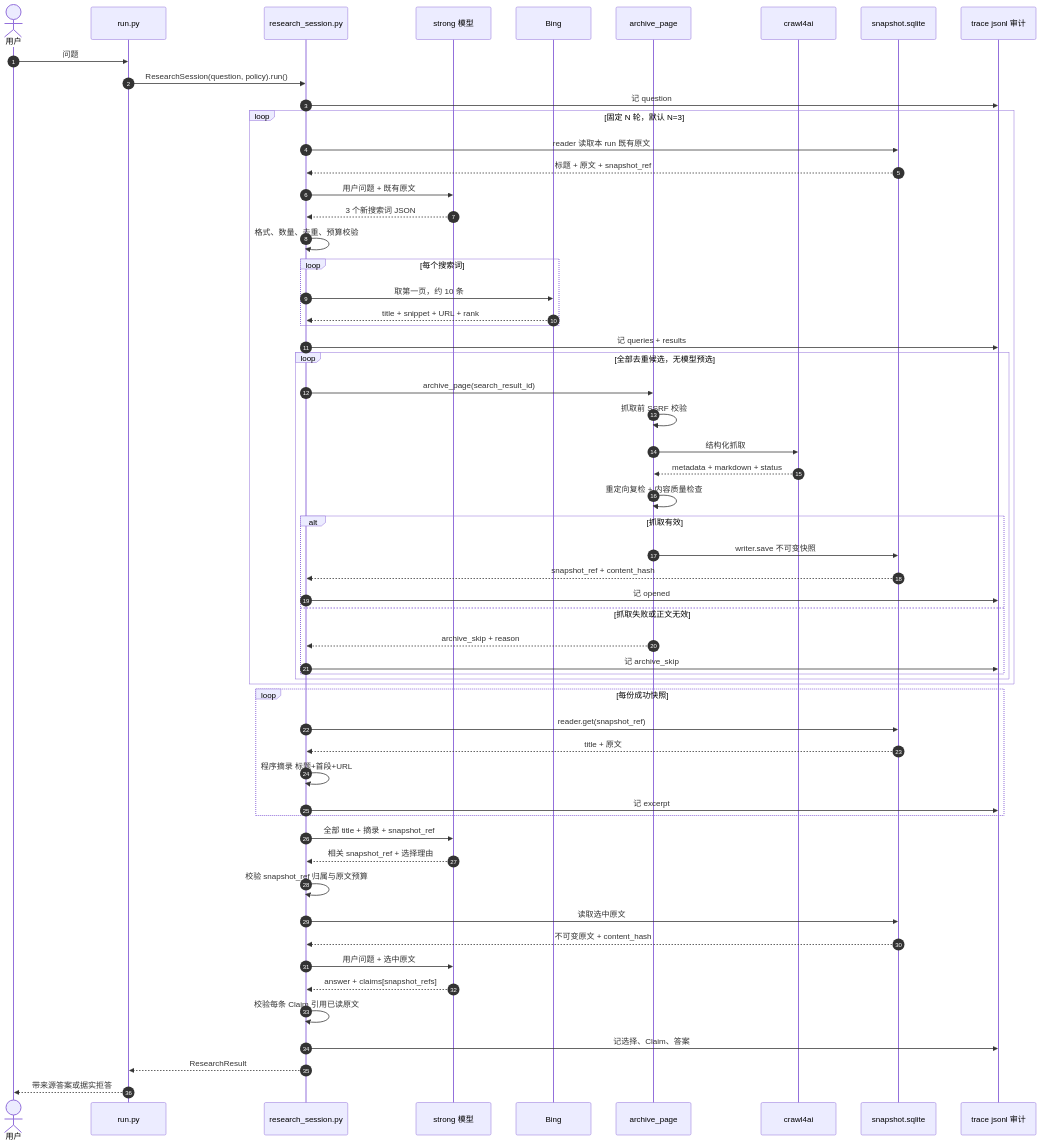
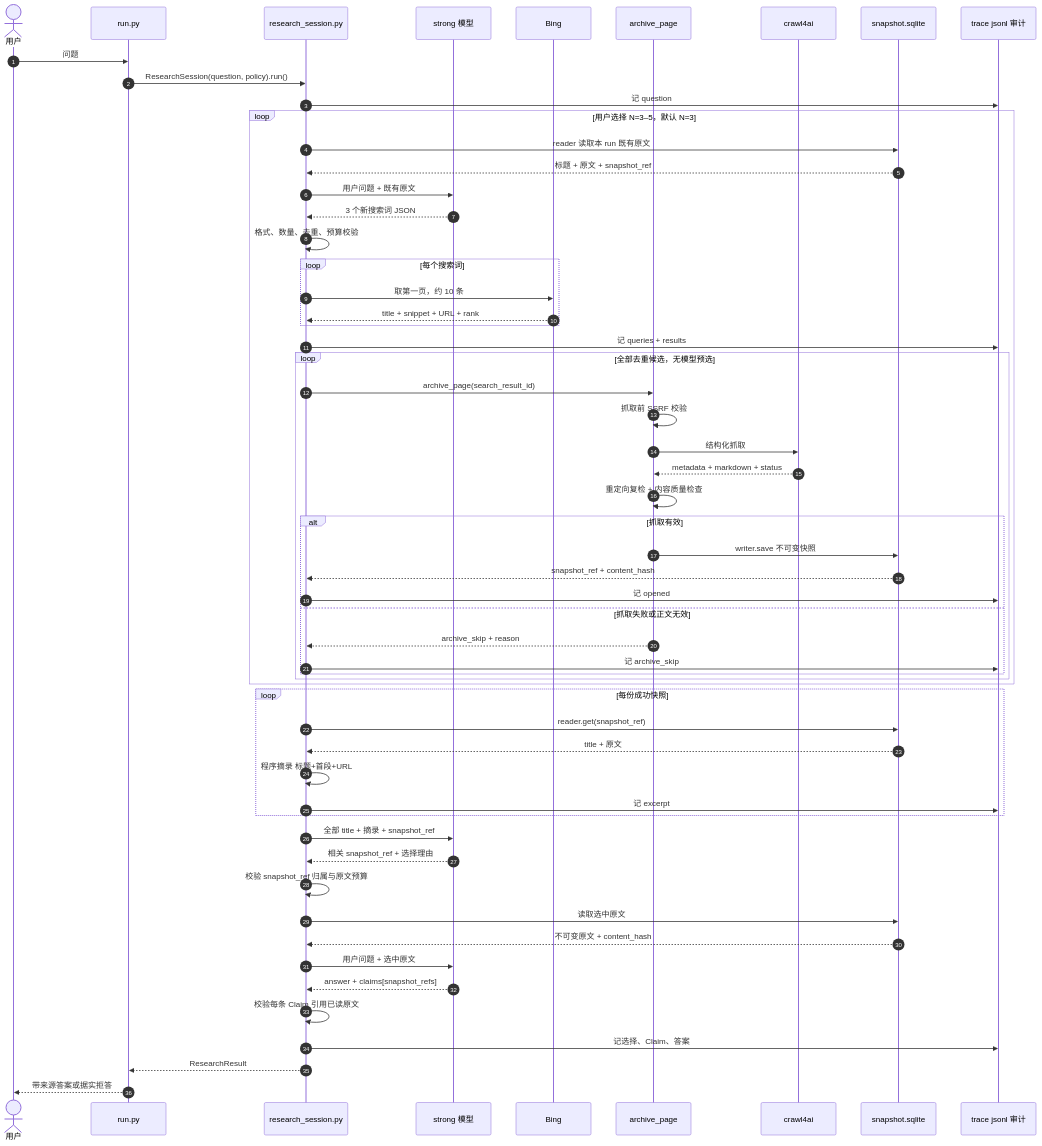
The fourth of 4 diagrams in docs/web-search-architecture.md (SuperCatQR/traceable-research-runtime), drawn with Mermaid before and after one commit. The commit also changed other lines of this file and 20 other files, not shown here.

````diff
--- a/docs/web-search-architecture.md
+++ b/docs/web-search-architecture.md
@@ -245,61 +245,61 @@
 ```mermaid
 sequenceDiagram
     autonumber
     actor U as 用户
     participant R as run.py
     participant X as research_session.py
     participant S as strong 模型
     participant B as Bing
     participant O as archive_page
     participant C as crawl4ai
     participant P as snapshot.sqlite
     participant A as trace jsonl 审计
 
     U->>R: 问题
     R->>X: ResearchSession(question, policy).run()
     X->>A: 记 question
-    loop 固定 N 轮，默认 N=3
+    loop 用户选择 N=3–5，默认 N=3
         X->>P: reader 读取本 run 既有原文
         P-->>X: 标题 + 原文 + snapshot_ref
         X->>S: 用户问题 + 既有原文
         S-->>X: 3 个新搜索词 JSON
         X->>X: 格式、数量、去重、预算校验
         loop 每个搜索词
             X->>B: 取第一页，约 10 条
             B-->>X: title + snippet + URL + rank
         end
         X->>A: 记 queries + results
         loop 全部去重候选，无模型预选
             X->>O: archive_page(search_result_id)
             O->>O: 抓取前 SSRF 校验
             O->>C: 结构化抓取
             C-->>O: metadata + markdown + status
             O->>O: 重定向复检 + 内容质量检查
             alt 抓取有效
                 O->>P: writer.save 不可变快照
                 P-->>X: snapshot_ref + content_hash
                 X->>A: 记 opened
             else 抓取失败或正文无效
                 O-->>X: archive_skip + reason
                 X->>A: 记 archive_skip
             end
         end
     end
     loop 每份成功快照
         X->>P: reader.get(snapshot_ref)
         P-->>X: title + 原文
         X->>X: 程序摘录 标题+首段+URL
         X->>A: 记 excerpt
     end
     X->>S: 全部 title + 摘录 + snapshot_ref
     S-->>X: 相关 snapshot_ref + 选择理由
     X->>X: 校验 snapshot_ref 归属与原文预算
     X->>P: 读取选中原文
     P-->>X: 不可变原文 + content_hash
     X->>S: 用户问题 + 选中原文
     S-->>X: answer + claims[snapshot_refs]
     X->>X: 校验每条 Claim 引用已读原文
     X->>A: 记选择、Claim、答案
     X-->>R: ResearchResult
     R-->>U: 带来源答案或据实拒答
 ```
````
